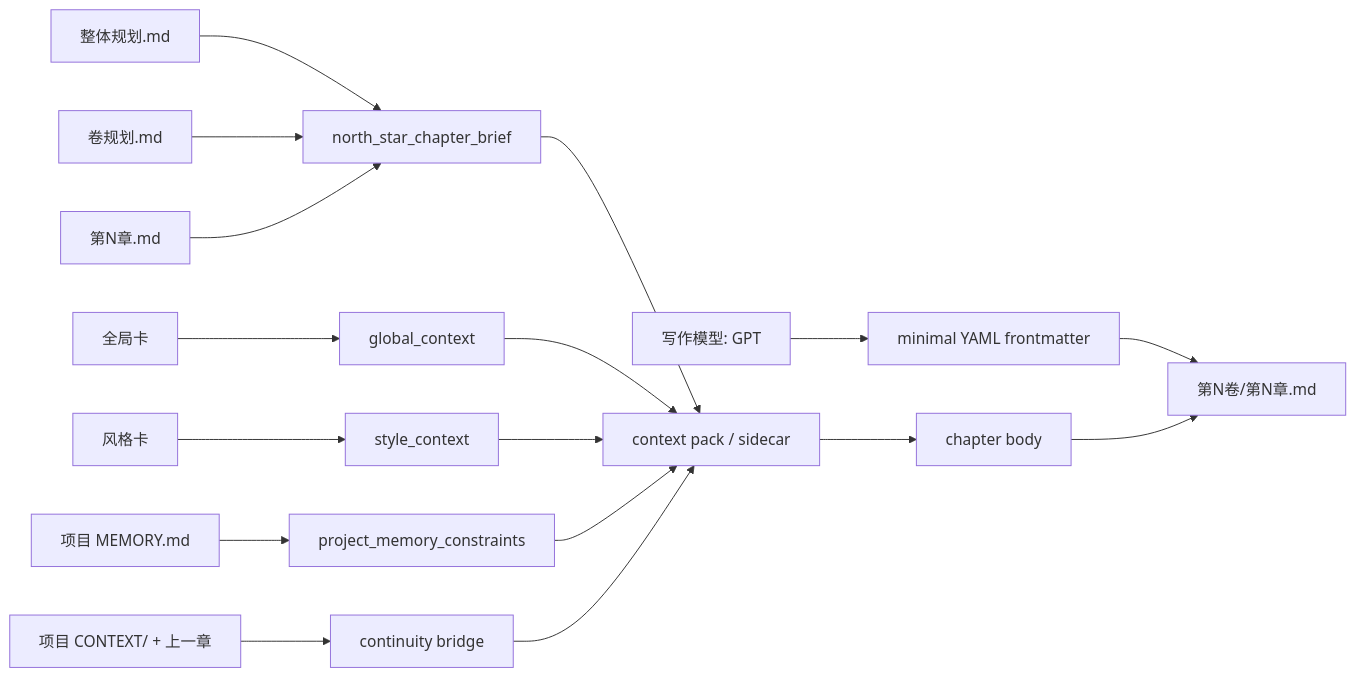
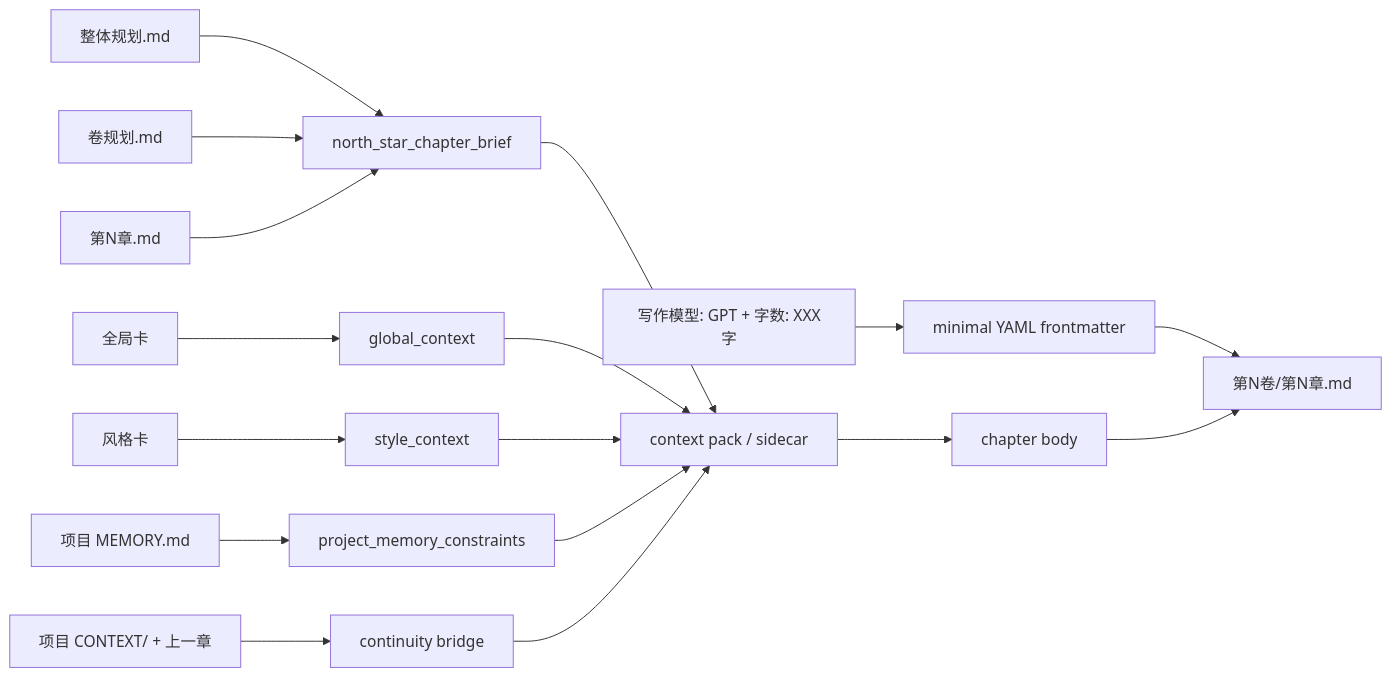
Before and after one commit to ZEN-VOID/AI-CUT: the second of 2 diagrams in .agents/skills/story/3-初稿/A-GPT原生/SKILL.md, drawn with Mermaid. The commit also changed other lines of this file and 256 other files, not shown here.

````diff
--- a/.agents/skills/story/3-初稿/A-GPT原生/SKILL.md
+++ b/.agents/skills/story/3-初稿/A-GPT原生/SKILL.md
@@ -128,19 +138,19 @@
 ```mermaid
 graph LR
     A["整体规划.md"] --> H["north_star_chapter_brief"]
     B["卷规划.md"] --> H
     C["第N章.md"] --> H
     D["全局卡"] --> I["global_context"]
     E["风格卡"] --> J["style_context"]
     F["项目 MEMORY.md"] --> K["project_memory_constraints"]
     G["项目 CONTEXT/ + 上一章"] --> L["continuity bridge"]
     H --> M["context pack / sidecar"]
     I --> M
     J --> M
     K --> M
     L --> M
     M --> N["chapter body"]
-    P["写作模型: GPT"] --> O["minimal YAML frontmatter"]
+    P["写作模型: GPT + 字数: XXX字"] --> O["minimal YAML frontmatter"]
     O --> Q["第N卷/第N章.md"]
     N --> Q
 ```
````
